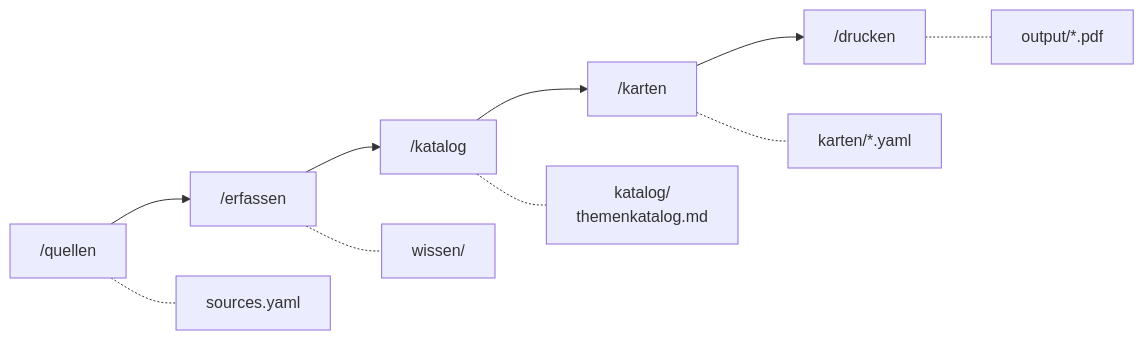
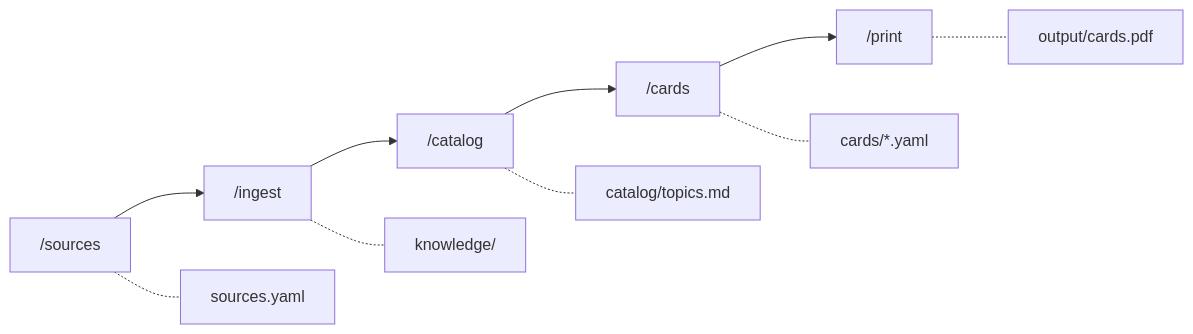
The diagram in README.md (mhabedank/lernkarten), drawn with Mermaid before and after one commit. The commit also changed other lines of this file and 47 other files, not shown here.

````diff
--- a/README.md
+++ b/README.md
@@ -17,9 +63,9 @@
 ```mermaid
 flowchart LR
-    Q["/quellen"] --> E["/erfassen"] --> K["/katalog"] --> G["/karten"] --> D["/drucken"]
-    Q -.- q1["sources.yaml"]
-    E -.- e1["wissen/"]
-    K -.- k1["katalog/<br>themenkatalog.md"]
-    G -.- g1["karten/*.yaml"]
-    D -.- d1["output/*.pdf"]
+    S["/sources"] --> I["/ingest"] --> C["/catalog"] --> G["/cards"] --> P["/print"]
+    S -.- s1["sources.yaml"]
+    I -.- i1["knowledge/"]
+    C -.- c1["catalog/topics.md"]
+    G -.- g1["cards/*.yaml"]
+    P -.- p1["output/cards.pdf"]
 ```
````
